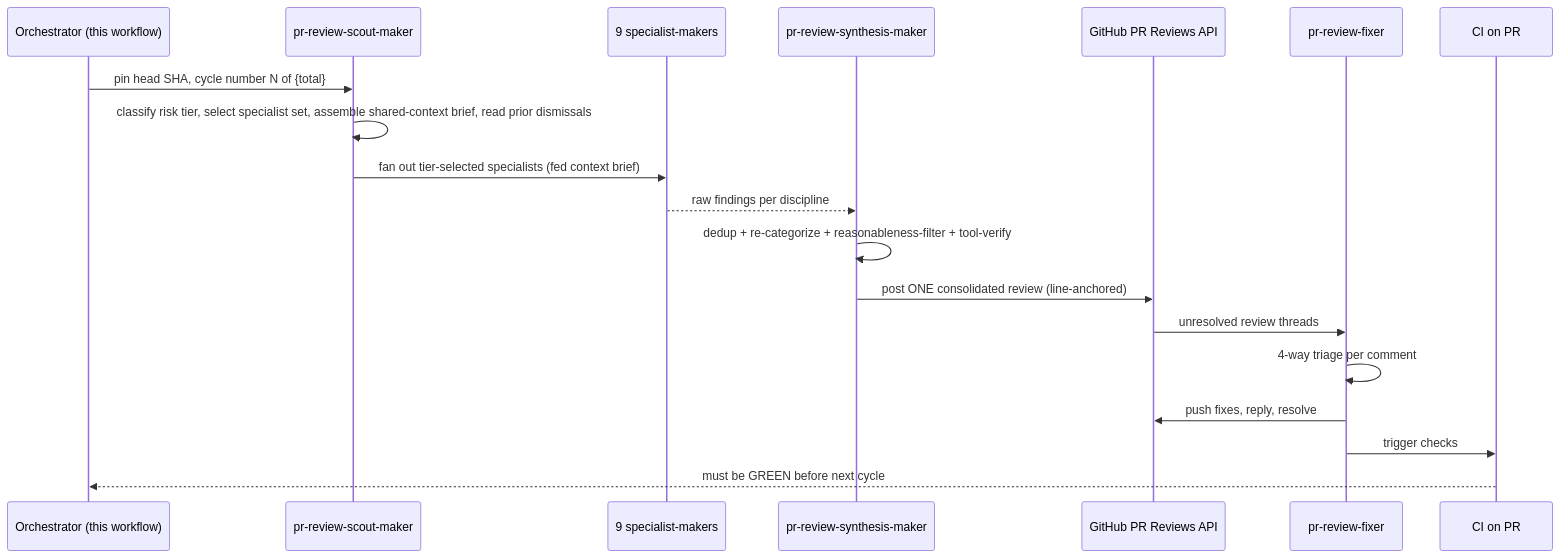
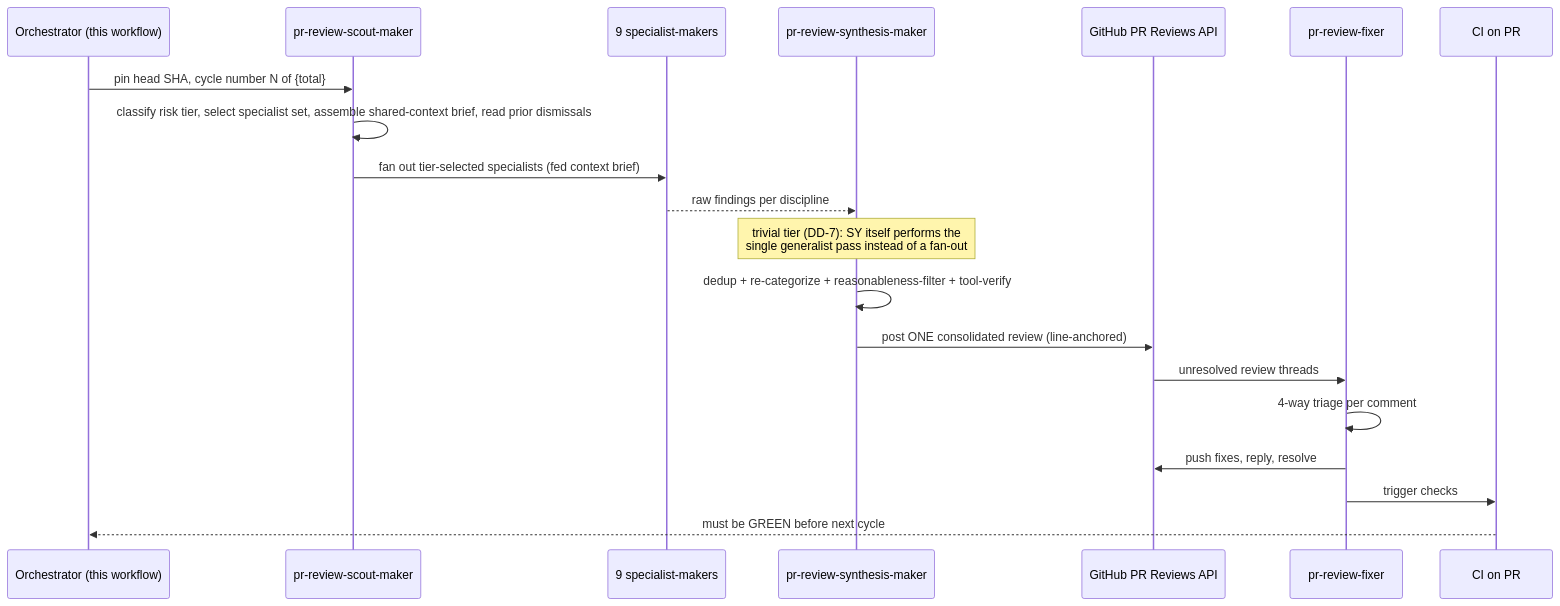
One commit to wahidyankf/baseerah changed the second of 3 diagrams in repo-governance/workflows/pr/pr-review-quality-gate.md. Above: the diagram before and after it, drawn with Mermaid. The commit also changed other lines of this file, not shown here.

First line of the commit message:
fix(workflow): rewire synthesis-maker context and show trivial-tier path

````diff
--- a/repo-governance/workflows/pr/pr-review-quality-gate.md
+++ b/repo-governance/workflows/pr/pr-review-quality-gate.md
@@ -160,22 +164,23 @@
 ```mermaid
 sequenceDiagram
   participant O as Orchestrator (this workflow)
   participant SC as pr-review-scout-maker
   participant SP as 9 specialist-makers
   participant SY as pr-review-synthesis-maker
   participant GH as GitHub PR Reviews API
   participant F as pr-review-fixer
   participant CI as CI on PR
 
   O->>SC: pin head SHA, cycle number N of {total}
   SC->>SC: classify risk tier, select specialist set, assemble shared-context brief, read prior dismissals
   SC->>SP: fan out tier-selected specialists (fed context brief)
   SP-->>SY: raw findings per discipline
+  Note over SY: trivial tier (DD-7): SY itself performs the<br/>single generalist pass instead of a fan-out
   SY->>SY: dedup + re-categorize + reasonableness-filter + tool-verify
   SY->>GH: post ONE consolidated review (line-anchored)
   GH->>F: unresolved review threads
   F->>F: 4-way triage per comment
   F->>GH: push fixes, reply, resolve
   F->>CI: trigger checks
   CI-->>O: must be GREEN before next cycle
 ```
````
